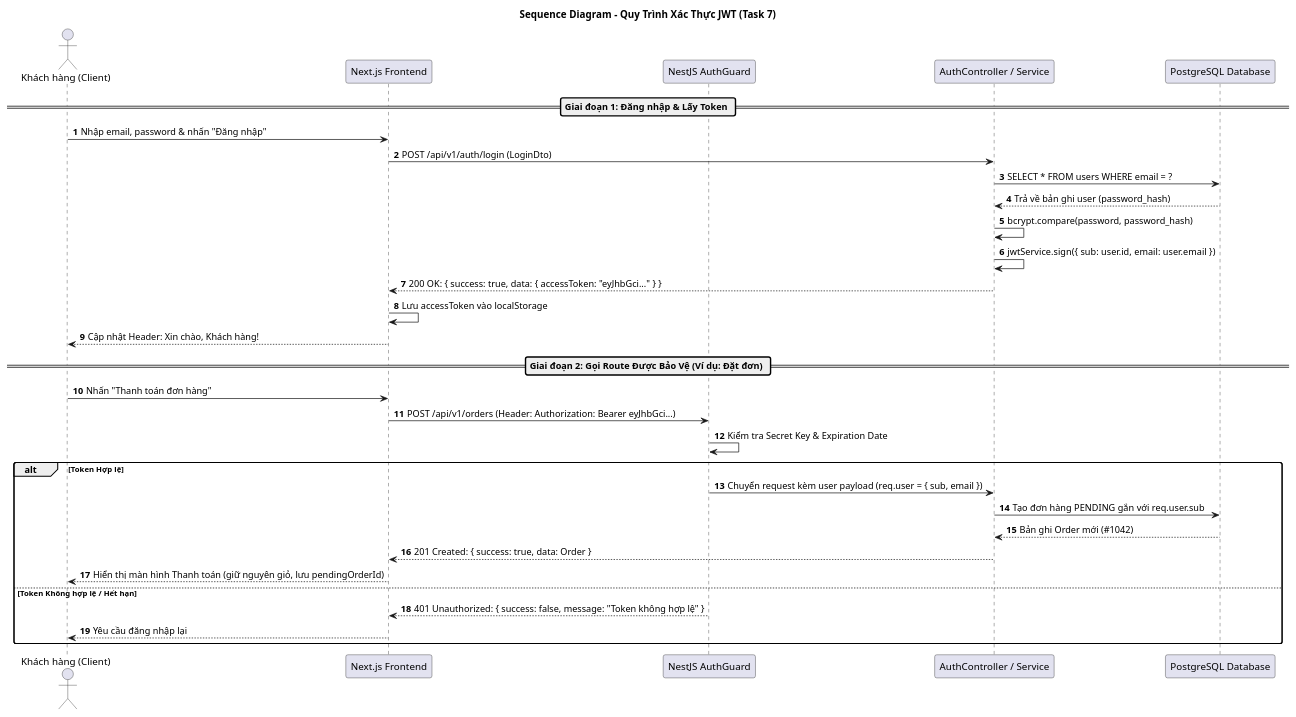
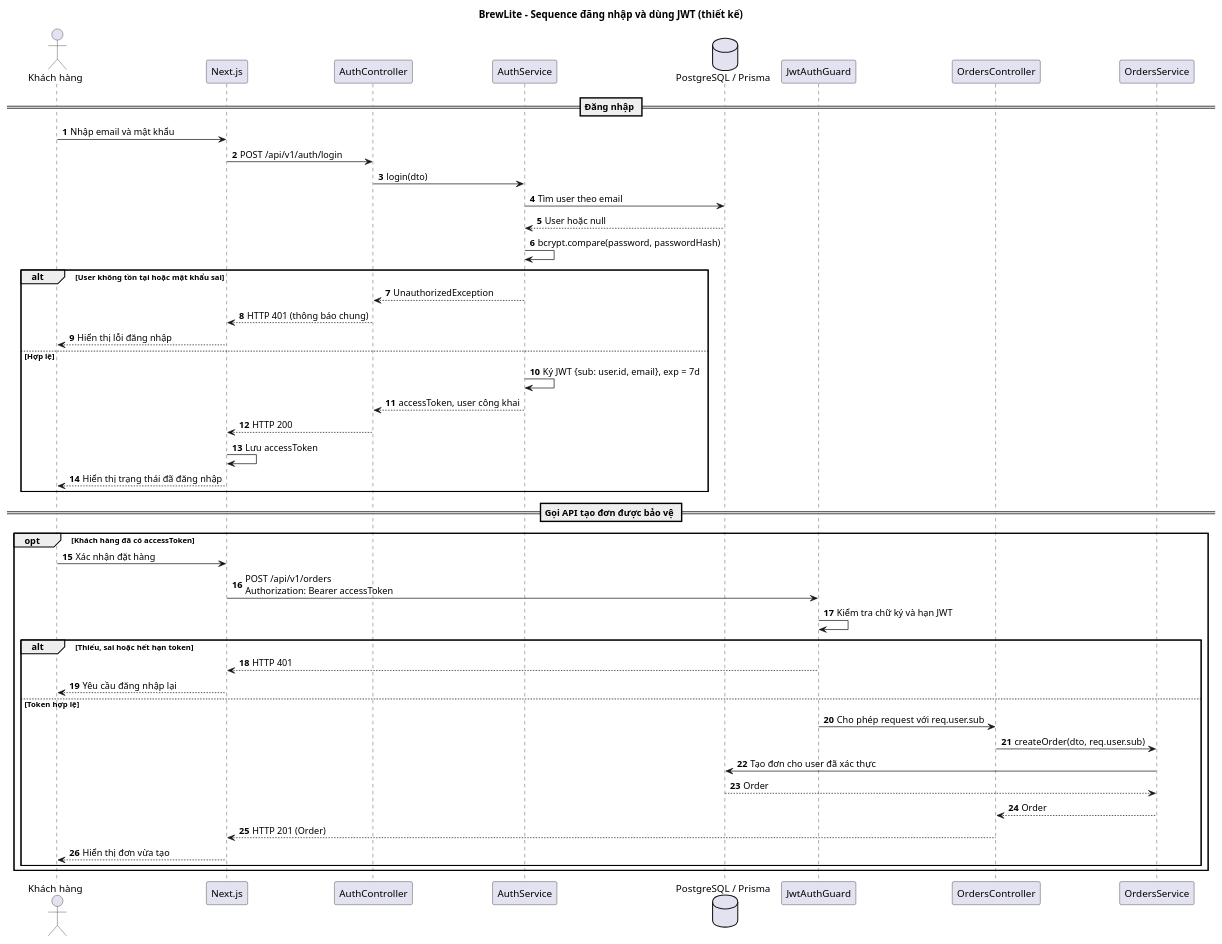
The diagram in docs/auth/sequence-jwt-auth.puml (Call-MeK/BrewLite_assignment), drawn with PlantUML before and after one commit. The commit also changed 30 other files, not shown here.

```diff
--- a/docs/auth/sequence-jwt-auth.puml
+++ b/docs/auth/sequence-jwt-auth.puml
@@ -1,40 +1,53 @@
 @startuml
-title Sequence Diagram - Quy Trình Xác Thực JWT (Task 7)
+title BrewLite - Sequence đăng nhập và dùng JWT (thiết kế)
 autonumber
 skinparam defaultFontName Arial
 skinparam shadowing false
-skinparam roundcorner 6
 
-actor "Khách hàng (Client)" as Client
-participant "Next.js Frontend" as FE
-participant "NestJS AuthGuard" as Guard
-participant "AuthController / Service" as Auth
-participant "PostgreSQL Database" as DB
+actor "Khách hàng" as Customer
+participant "Next.js" as FE
+participant "AuthController" as AuthController
+participant "AuthService" as AuthService
+database "PostgreSQL / Prisma" as DB
+participant "JwtAuthGuard" as Guard
+participant "OrdersController" as OrdersController
+participant "OrdersService" as OrdersService
 
-== Giai đoạn 1: Đăng nhập & Lấy Token ==
-Client -> FE: Nhập email, password & nhấn "Đăng nhập"
-FE -> Auth: POST /api/v1/auth/login (LoginDto)
-Auth -> DB: SELECT * FROM users WHERE email = ?
-DB --> Auth: Trả về bản ghi user (password_hash)
-Auth -> Auth: bcrypt.compare(password, password_hash)
-Auth -> Auth: jwtService.sign({ sub: user.id, email: user.email })
-Auth --> FE: 200 OK: { success: true, data: { accessToken: "eyJhbGci..." } }
-FE -> FE: Lưu accessToken vào localStorage
-FE --> Client: Cập nhật Header: Xin chào, Khách hàng!
-
-== Giai đoạn 2: Gọi Route Được Bảo Vệ (Ví dụ: Đặt đơn) ==
-Client -> FE: Nhấn "Thanh toán đơn hàng"
-FE -> Guard: POST /api/v1/orders (Header: Authorization: Bearer eyJhbGci...)
-Guard -> Guard: Kiểm tra Secret Key & Expiration Date
-alt Token Hợp lệ
-    Guard -> Auth: Chuyển request kèm user payload (req.user = { sub, email })
-    Auth -> DB: Tạo đơn hàng PENDING gắn với req.user.sub
-    DB --> Auth: Bản ghi Order mới (#1042)
-    Auth --> FE: 201 Created: { success: true, data: Order }
-    FE --> Client: Hiển thị màn hình Thanh toán (giữ nguyên giỏ, lưu pendingOrderId)
-else Token Không hợp lệ / Hết hạn
-    Guard --> FE: 401 Unauthorized: { success: false, message: "Token không hợp lệ" }
-    FE --> Client: Yêu cầu đăng nhập lại
+== Đăng nhập ==
+Customer -> FE: Nhập email và mật khẩu
+FE -> AuthController: POST /api/v1/auth/login
+AuthController -> AuthService: login(dto)
+AuthService -> DB: Tìm user theo email
+DB --> AuthService: User hoặc null
+AuthService -> AuthService: bcrypt.compare(password, passwordHash)
+alt User không tồn tại hoặc mật khẩu sai
+  AuthService --> AuthController: UnauthorizedException
+  AuthController --> FE: HTTP 401 (thông báo chung)
+  FE --> Customer: Hiển thị lỗi đăng nhập
+else Hợp lệ
+  AuthService -> AuthService: Ký JWT {sub: user.id, email}, exp = 7d
+  AuthService --> AuthController: accessToken, user công khai
+  AuthController --> FE: HTTP 200
+  FE -> FE: Lưu accessToken
+  FE --> Customer: Hiển thị trạng thái đã đăng nhập
 end
 
+== Gọi API tạo đơn được bảo vệ ==
+opt Khách hàng đã có accessToken
+Customer -> FE: Xác nhận đặt hàng
+FE -> Guard: POST /api/v1/orders\nAuthorization: Bearer accessToken
+Guard -> Guard: Kiểm tra chữ ký và hạn JWT
+alt Thiếu, sai hoặc hết hạn token
+  Guard --> FE: HTTP 401
+  FE --> Customer: Yêu cầu đăng nhập lại
+else Token hợp lệ
+  Guard -> OrdersController: Cho phép request với req.user.sub
+  OrdersController -> OrdersService: createOrder(dto, req.user.sub)
+  OrdersService -> DB: Tạo đơn cho user đã xác thực
+  DB --> OrdersService: Order
+  OrdersService --> OrdersController: Order
+  OrdersController --> FE: HTTP 201 (Order)
+  FE --> Customer: Hiển thị đơn vừa tạo
+end
+end
 @enduml
```
